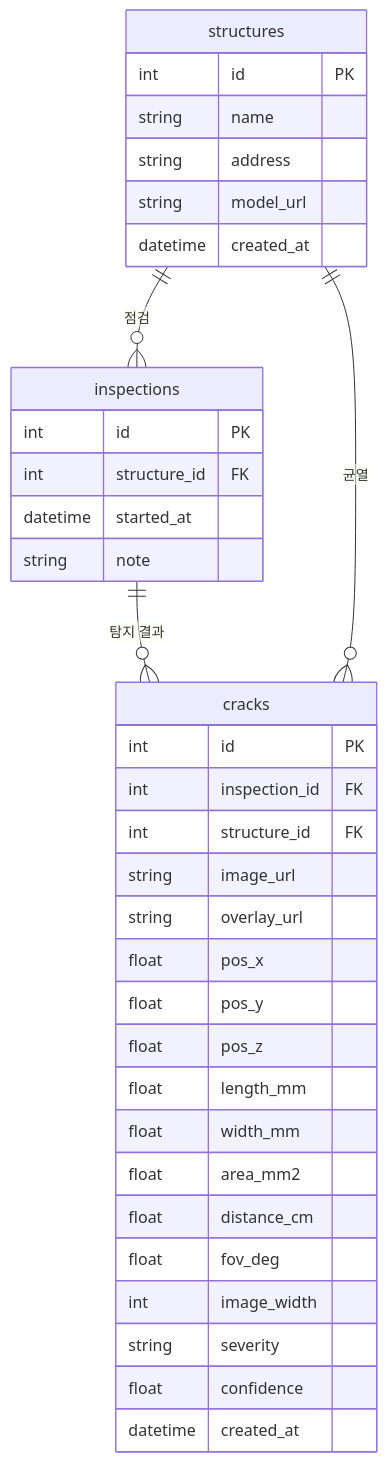
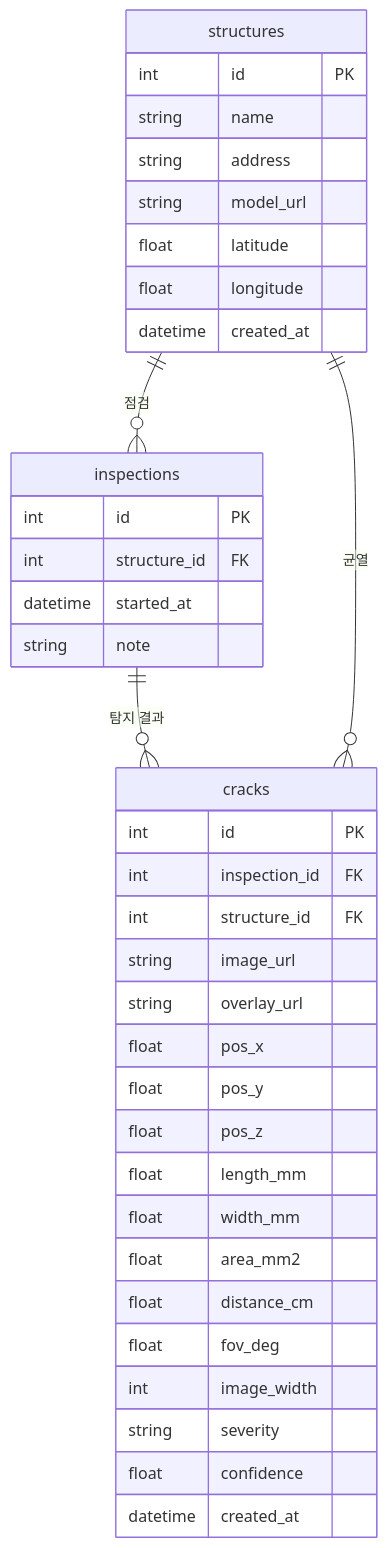
Before and after one commit to inha0307/AI-idea-system: the sixth of 6 diagrams in docs/시스템팀_개발.md, drawn with Mermaid. The commit also changed other lines of this file and 15 other files, not shown here.

````diff
--- a/docs/시스템팀_개발.md
+++ b/docs/시스템팀_개발.md
@@ -515,38 +542,40 @@
 ```mermaid
 erDiagram
   structures ||--o{ inspections : "점검"
   inspections ||--o{ cracks : "탐지 결과"
   structures ||--o{ cracks : "균열"
   structures {
     int id PK
     string name
     string address
     string model_url
+    float latitude
+    float longitude
     datetime created_at
   }
   inspections {
     int id PK
     int structure_id FK
     datetime started_at
     string note
   }
   cracks {
     int id PK
     int inspection_id FK
     int structure_id FK
     string image_url
     string overlay_url
     float pos_x
     float pos_y
     float pos_z
     float length_mm
     float width_mm
     float area_mm2
     float distance_cm
     float fov_deg
     int image_width
     string severity
     float confidence
     datetime created_at
   }
 ```
````
